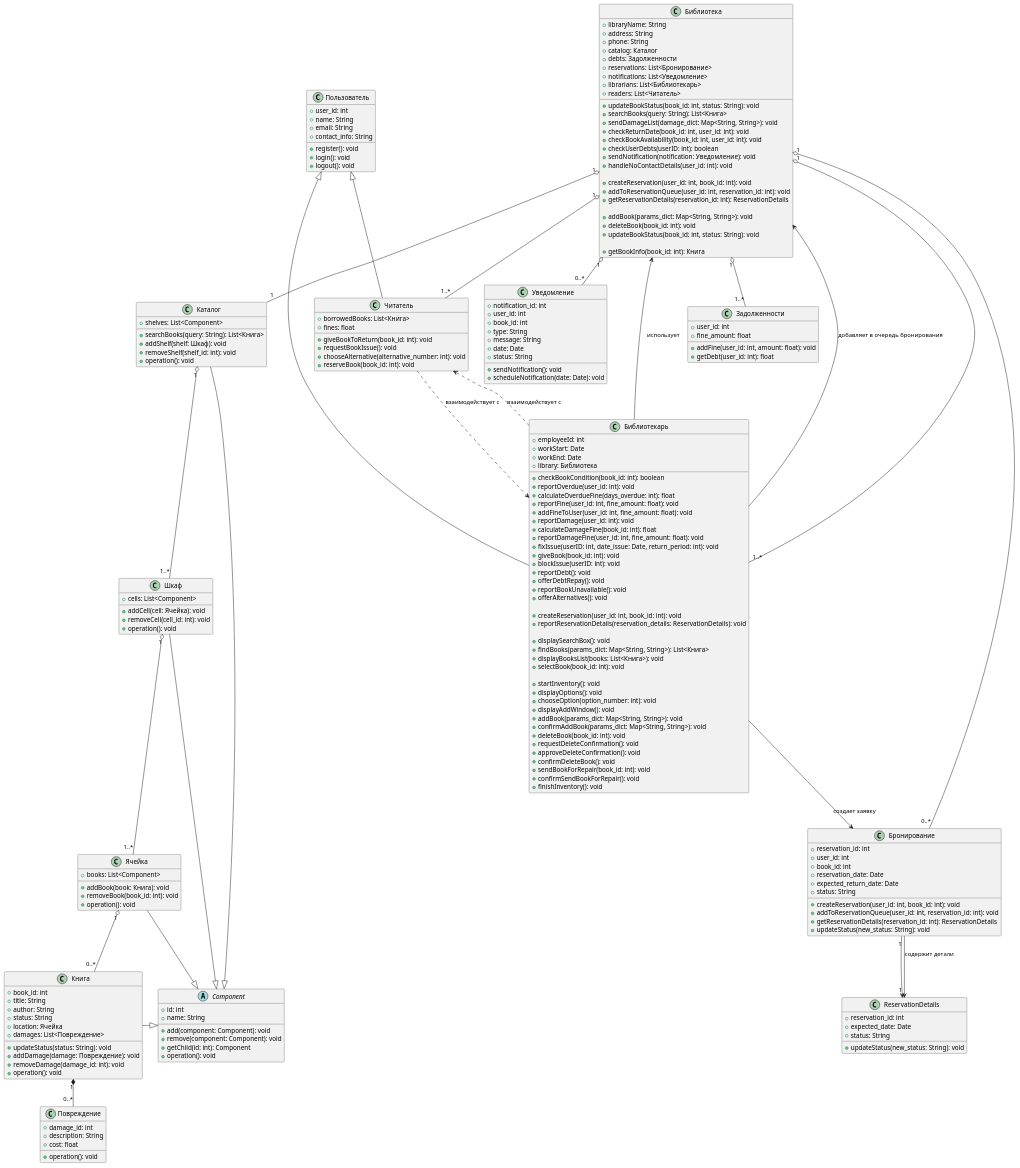
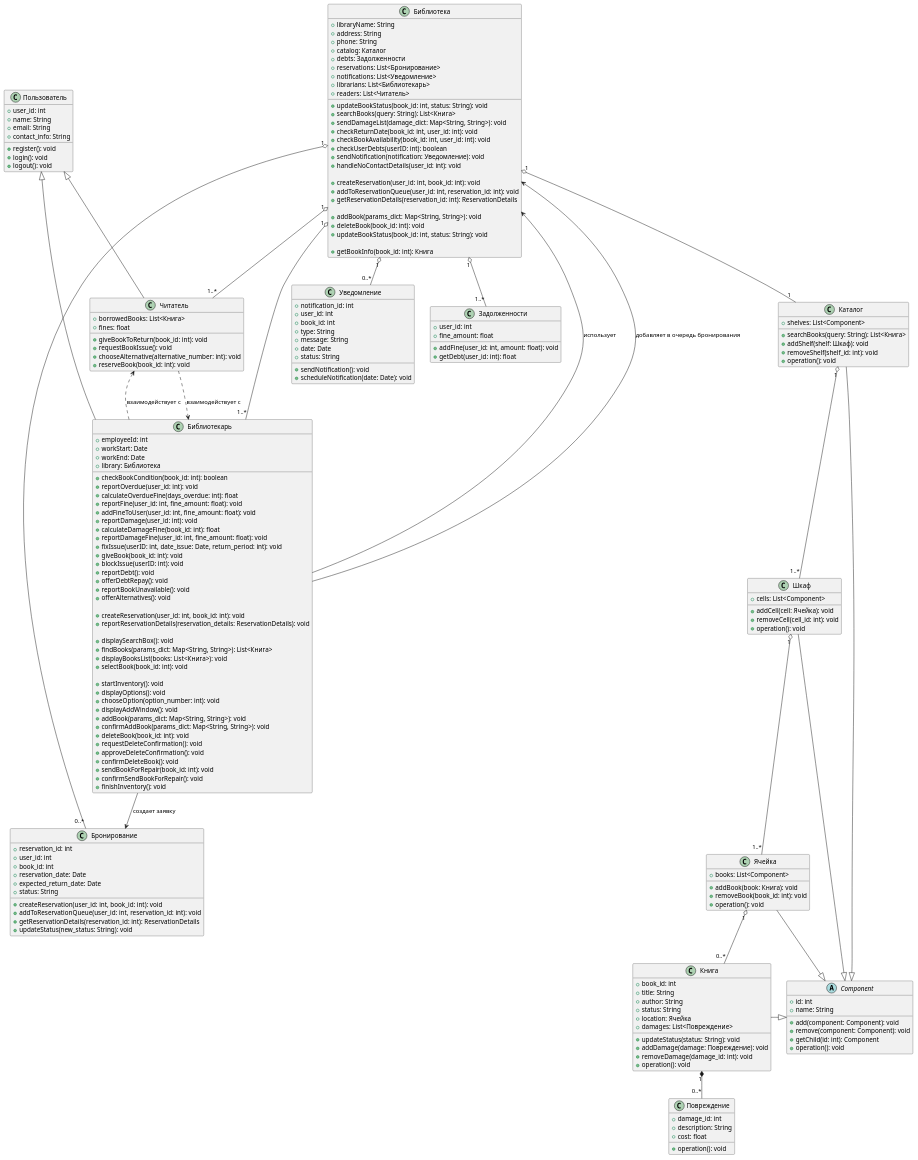
One commit to penamarth/bsbo-03-22_team1_var2 changed the diagram in Theory/class_uml.md. Above: the diagram before and after it, drawn with PlantUML.

```diff
--- a/Theory/class_uml.md
+++ b/Theory/class_uml.md
@@ -83,15 +83,6 @@
     +createReservation(user_id: int, book_id: int): void
     +addToReservationQueue(user_id: int, reservation_id: int): void
     +getReservationDetails(reservation_id: int): ReservationDetails
-    +updateStatus(new_status: String): void
-}
-
-' Новый класс ReservationDetails для деталей бронирования
-class ReservationDetails {
-    +reservation_id: int
-    +expected_date: Date
-    +status: String
-    
     +updateStatus(new_status: String): void
 }
 
@@ -230,8 +221,6 @@
 ' Ассоциации между Библиотекой и Бронированием
 Библиотека "1" o-- "0..*" Бронирование
 
-' Ассоциации между Бронированием и ReservationDetails
-Бронирование "1" --> "1" ReservationDetails
 
 ' Ассоциации между Библиотекой и Уведомлениями
 Библиотека "1" o-- "0..*" Уведомление
@@ -248,6 +237,4 @@
 Библиотекарь ..> Читатель : взаимодействует с
 Библиотекарь --> Бронирование : создает заявку
 Библиотекарь --> Библиотека : добавляет в очередь бронирования
-Бронирование --> ReservationDetails : содержит детали
-
 @enduml
```
